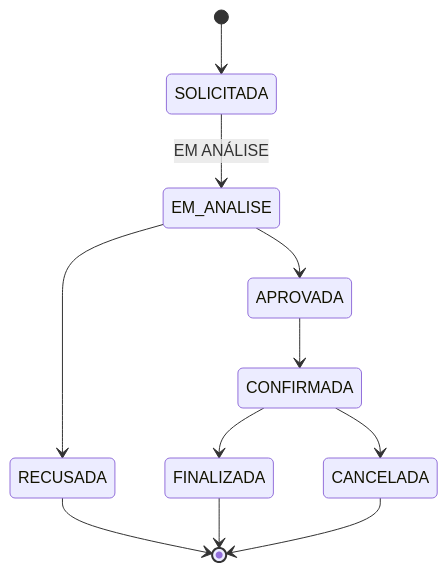
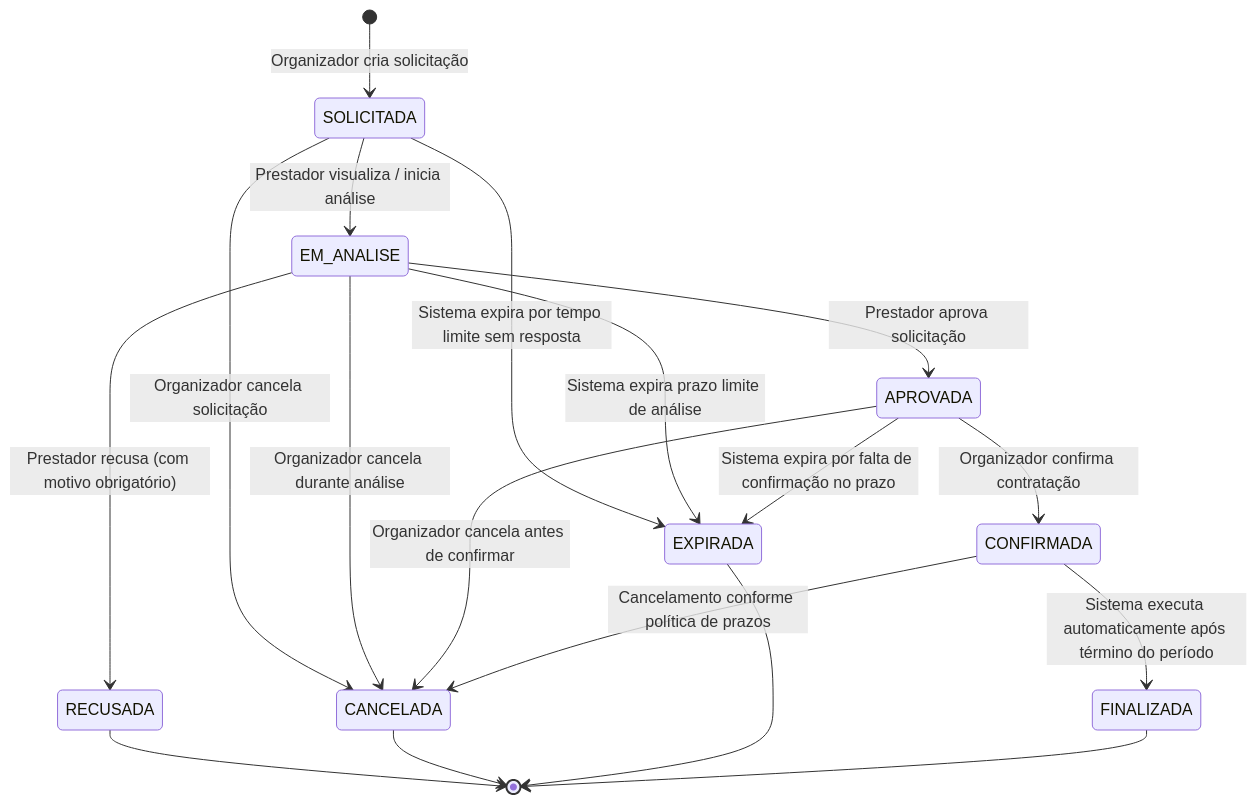
The first of 3 diagrams in docs/diagrams/modelo-dominio.md (dudanegreiro/EventFy), drawn with Mermaid before and after one commit. The commit also changed other lines of this file and 10 other files, not shown here.

````diff
--- a/docs/diagrams/modelo-dominio.md
+++ b/docs/diagrams/modelo-dominio.md
@@ -283,13 +312,25 @@
 ```mermaid
 stateDiagram-v2
-    [*] --> SOLICITADA
-    SOLICITADA --> EM_ANALISE: EM ANÁLISE
-    EM_ANALISE --> APROVADA
-    EM_ANALISE --> RECUSADA
-    APROVADA --> CONFIRMADA
-    CONFIRMADA --> FINALIZADA
-    CONFIRMADA --> CANCELADA
+    [*] --> SOLICITADA : Organizador cria solicitação
+
+    SOLICITADA --> EM_ANALISE : Prestador visualiza / inicia análise
+    SOLICITADA --> CANCELADA : Organizador cancela solicitação
+    SOLICITADA --> EXPIRADA : Sistema expira por tempo limite sem resposta
+
+    EM_ANALISE --> APROVADA : Prestador aprova solicitação
+    EM_ANALISE --> RECUSADA : Prestador recusa (com motivo obrigatório)
+    EM_ANALISE --> CANCELADA : Organizador cancela durante análise
+    EM_ANALISE --> EXPIRADA : Sistema expira prazo limite de análise
+
+    APROVADA --> CONFIRMADA : Organizador confirma contratação
+    APROVADA --> CANCELADA : Organizador cancela antes de confirmar
+    APROVADA --> EXPIRADA : Sistema expira por falta de confirmação no prazo
+
+    CONFIRMADA --> FINALIZADA : Sistema executa automaticamente após término do período
+    CONFIRMADA --> CANCELADA : Cancelamento conforme política de prazos
+
     RECUSADA --> [*]
+    CANCELADA --> [*]
+    EXPIRADA --> [*]
     FINALIZADA --> [*]
-    CANCELADA --> [*]
 ```
````
